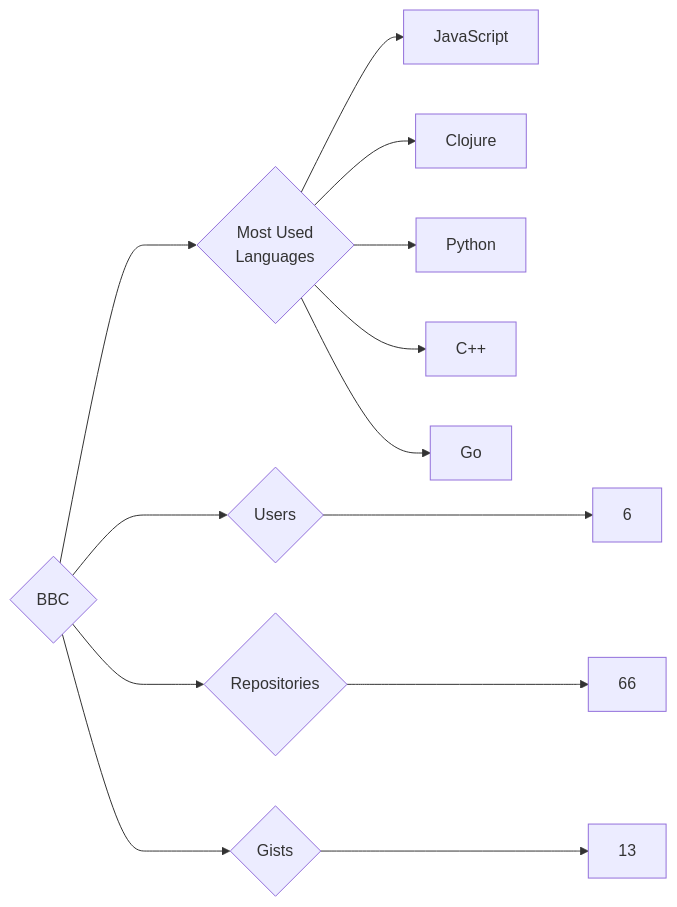
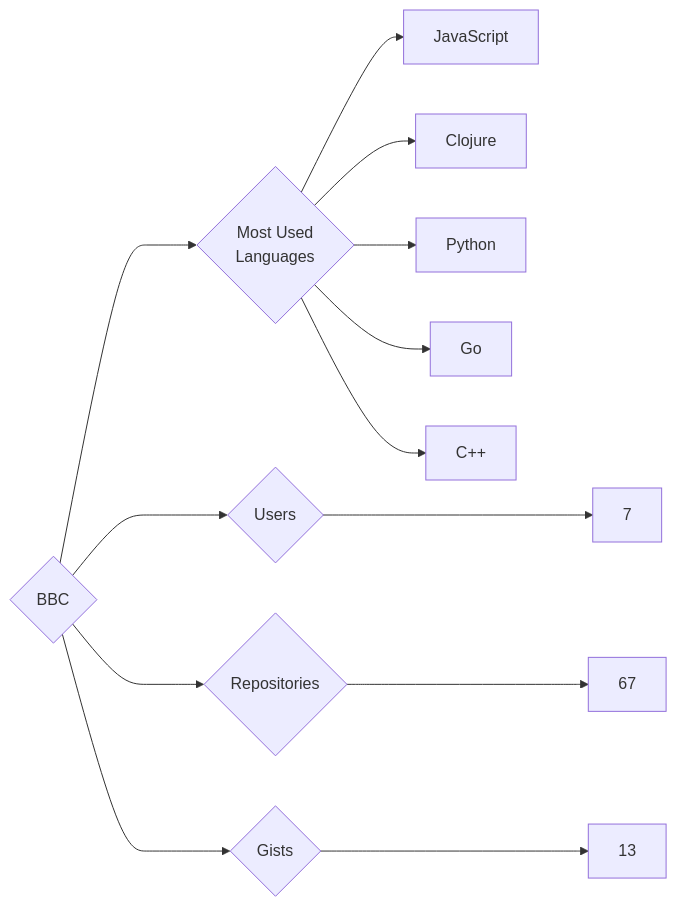
The diagram in targets/BBC/README.md (trickest/insiders), drawn with Mermaid before and after one commit. The commit also changed 880 other files, not shown here.

````diff
--- a/targets/BBC/README.md
+++ b/targets/BBC/README.md
@@ -3,13 +3,13 @@
 ```mermaid
 graph LR
 COMPANY_NAME{BBC}
-COMPANY_NAME ---> U{Users} ---> UN[6]
-COMPANY_NAME ---> R{Repositories} ---> RN[66]
+COMPANY_NAME ---> U{Users} ---> UN[7]
+COMPANY_NAME ---> R{Repositories} ---> RN[67]
 COMPANY_NAME ---> G{Gists} ---> GN[13]
 COMPANY_NAME ---> ML{Most Used<br>Languages}
 ML --> JavaScript[JavaScript]
 ML --> Clojure[Clojure]
 ML --> Python[Python]
+ML --> Go[Go]
 ML --> C++[C++]
-ML --> Go[Go]
 ```
````
